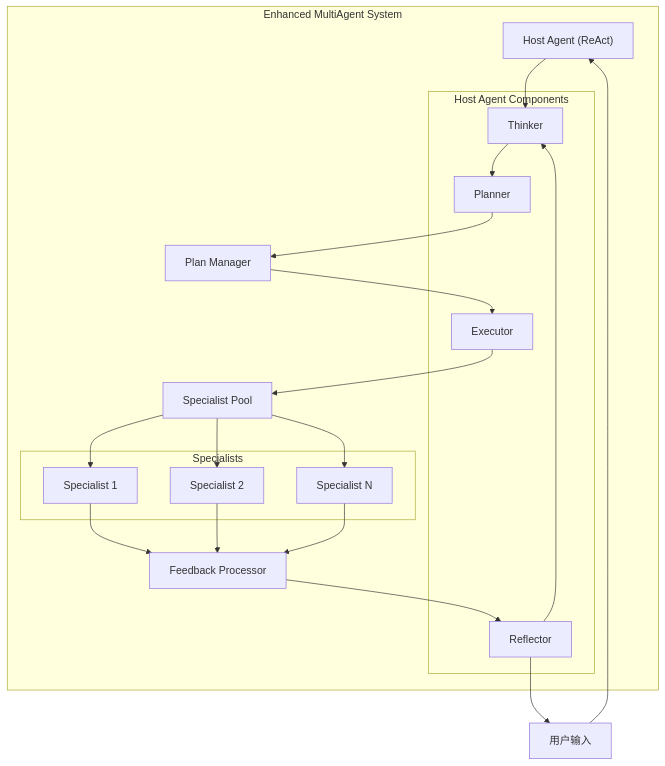
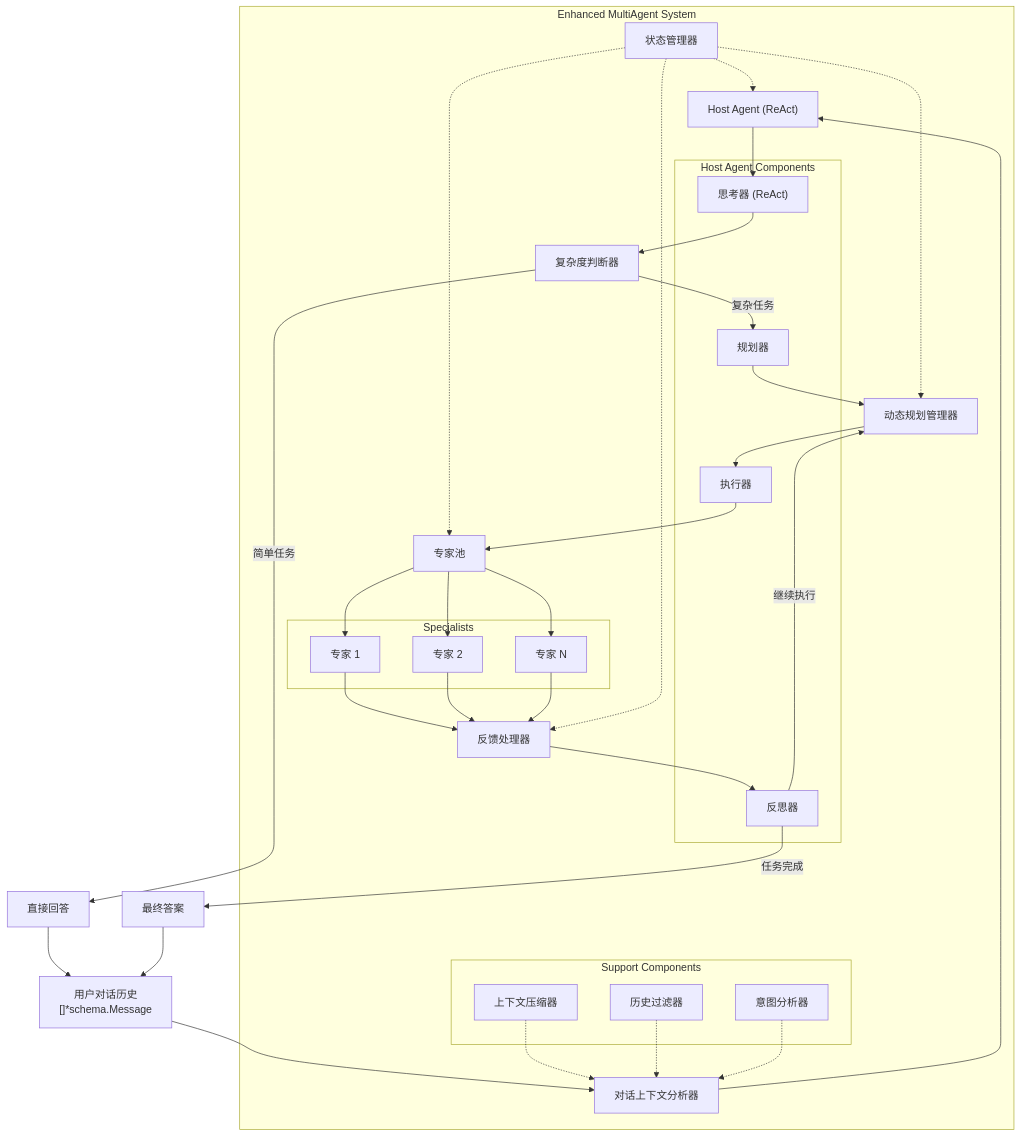
The first of 4 diagrams in server/internal/agent/enhanced_multiagent/design_document.md (PGshen/thinking-map), drawn with Mermaid before and after one commit. The commit also changed other lines of this file and 16 other files, not shown here.

````diff
--- a/server/internal/agent/enhanced_multiagent/design_document.md
+++ b/server/internal/agent/enhanced_multiagent/design_document.md
@@ -29,38 +29,61 @@
 ```mermaid
 flowchart TB
     subgraph "Enhanced MultiAgent System"
         HostAgent["Host Agent (ReAct)"]
-        PlanManager["Plan Manager"]
-        SpecialistPool["Specialist Pool"]
-        FeedbackProcessor["Feedback Processor"]
+        ConversationAnalyzer["对话上下文分析器"]
+        ComplexityJudge["复杂度判断器"]
+        PlanManager["动态规划管理器"]
+        SpecialistPool["专家池"]
+        FeedbackProcessor["反馈处理器"]
+        StateManager["状态管理器"]
         
         subgraph "Host Agent Components"
-            Thinker["Thinker"]
-            Planner["Planner"]
-            Executor["Executor"]
-            Reflector["Reflector"]
+            Thinker["思考器 (ReAct)"]
+            Planner["规划器"]
+            Executor["执行器"]
+            Reflector["反思器"]
         end
         
         subgraph "Specialists"
-            Spec1["Specialist 1"]
-            Spec2["Specialist 2"]
-            SpecN["Specialist N"]
+            Spec1["专家 1"]
+            Spec2["专家 2"]
+            SpecN["专家 N"]
+        end
+        
+        subgraph "Support Components"
+            ContextCompressor["上下文压缩器"]
+            HistoryFilter["历史过滤器"]
+            IntentAnalyzer["意图分析器"]
         end
     end
     
-    User["用户输入"] --> HostAgent
+    User["用户对话历史<br/>[]*schema.Message"] --> ConversationAnalyzer
+    ConversationAnalyzer --> HostAgent
     HostAgent --> Thinker
-    Thinker --> Planner
+    Thinker --> ComplexityJudge
+    ComplexityJudge -->|简单任务| DirectAnswer["直接回答"]
+    ComplexityJudge -->|复杂任务| Planner
     Planner --> PlanManager
     PlanManager --> Executor
     Executor --> SpecialistPool
     SpecialistPool --> Spec1
     SpecialistPool --> Spec2
     SpecialistPool --> SpecN
     Spec1 --> FeedbackProcessor
     Spec2 --> FeedbackProcessor
     SpecN --> FeedbackProcessor
     FeedbackProcessor --> Reflector
-    Reflector --> Thinker
-    Reflector --> User
+    Reflector -->|继续执行| PlanManager
+    Reflector -->|任务完成| FinalAnswer["最终答案"]
+    DirectAnswer --> User
+    FinalAnswer --> User
+    
+    StateManager -.-> HostAgent
+    StateManager -.-> PlanManager
+    StateManager -.-> SpecialistPool
+    StateManager -.-> FeedbackProcessor
+    
+    ContextCompressor -.-> ConversationAnalyzer
+    HistoryFilter -.-> ConversationAnalyzer
+    IntentAnalyzer -.-> ConversationAnalyzer
 ```
````
